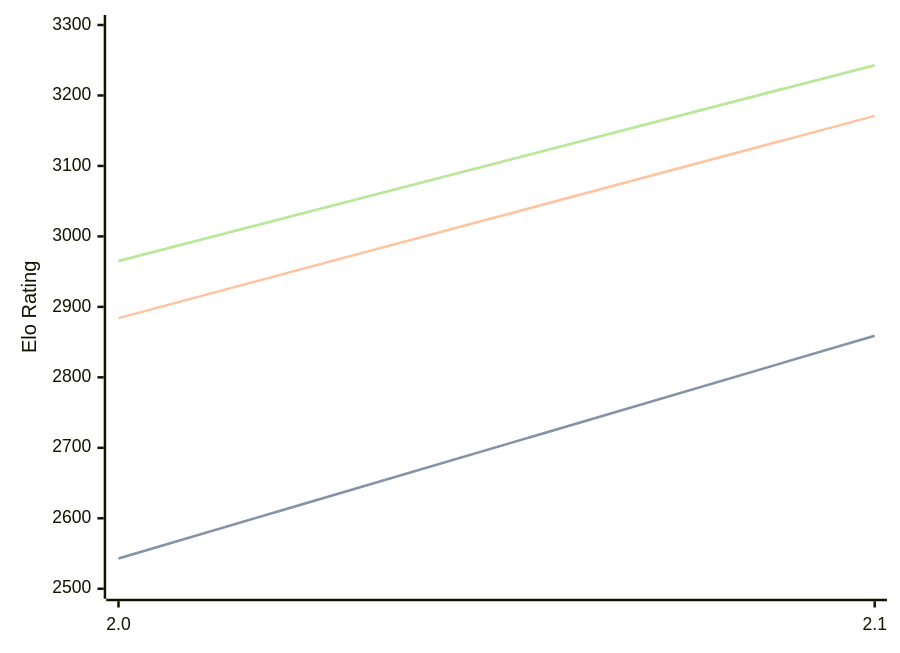
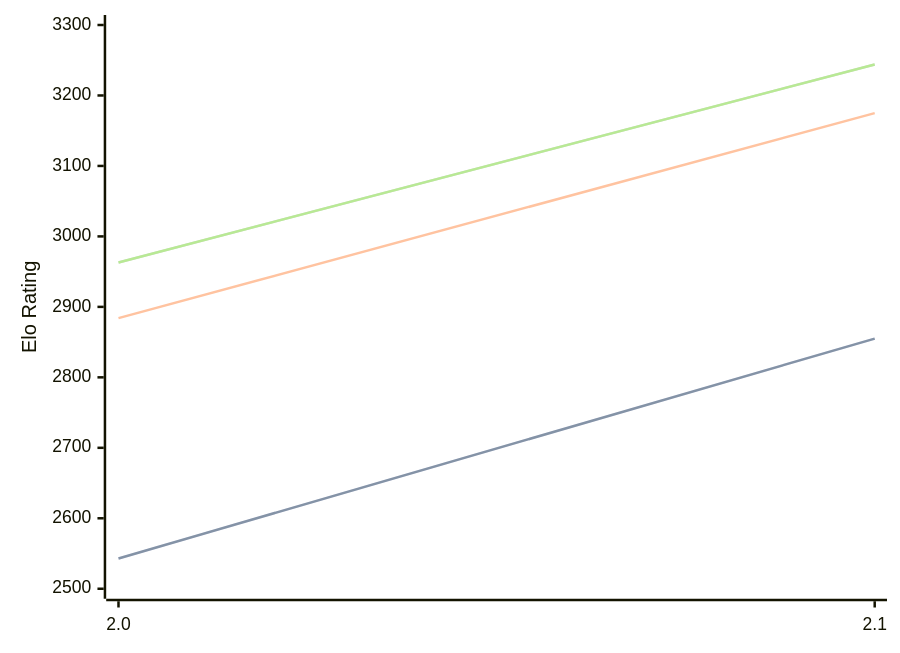
The diagram in engines/Tunguska.md (computer-chess-index/cci), drawn with Mermaid before and after one commit. The commit also changed other lines of this file, not shown here.

Commit message:
Update CCI Ratings (ELO VLTC) - 2026-04-16

````diff
--- a/engines/Tunguska.md
+++ b/engines/Tunguska.md
@@ -32,11 +32,11 @@
 ```mermaid
 %%{init: {"theme":"base","themeVariables":{"seriesColors:['#a3a3a3','#222221','#faa371']}}}%%
 xychart-beta
   x-axis ["2.0", "2.1"]
   y-axis "Elo Rating" 2500 --> 3300
-  line "STC (8.0+0.08s)" [2543, 2859]
-  line "STC (8.0+0.08s)" [2543, 2859]
-  line "LTC (60.0+0.60s)" [2884, 3171]
-  line "VLTC (2m24s+1.12s)" [2965, 3243]
-  line "VLTC (2m24s+1.12s)" [2965, 3243]
+  line "STC (8.0+0.08s)" [2543, 2855]
+  line "STC (8.0+0.08s)" [2543, 2855]
+  line "LTC (60.0+0.60s)" [2884, 3175]
+  line "VLTC (2m24s+1.12s)" [2963, 3244]
+  line "VLTC (2m24s+1.12s)" [2963, 3244]
 ```
````
